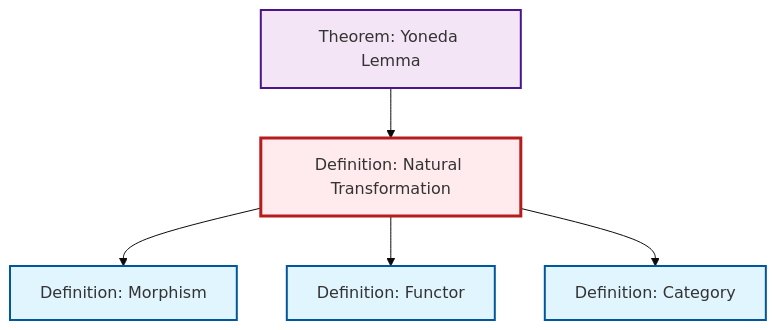
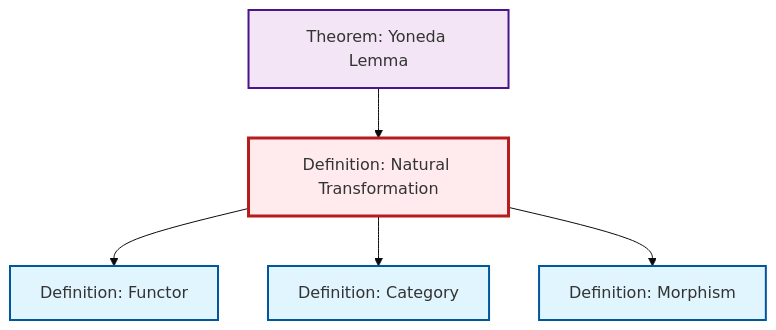
One commit to RK0429/ModernMath changed the diagram in content/ja/category-theory/def-natural-transformation.qmd. Above: the diagram before and after it, drawn with Mermaid (base theme). The commit also changed other lines of this file and 497 other files, not shown here.

````diff
--- a/content/ja/category-theory/def-natural-transformation.qmd
+++ b/content/ja/category-theory/def-natural-transformation.qmd
@@ -60,23 +60,23 @@
 ```{mermaid}
 %%| fig-cap: "Local dependency graph"
 graph TD
     classDef definition fill:#e1f5fe,stroke:#01579b,stroke-width:2px
     classDef theorem fill:#f3e5f5,stroke:#4a148c,stroke-width:2px
     classDef axiom fill:#fff3e0,stroke:#e65100,stroke-width:2px
     classDef example fill:#e8f5e9,stroke:#1b5e20,stroke-width:2px
     classDef current fill:#ffebee,stroke:#b71c1c,stroke-width:3px
-    thm-yoneda["Theorem: Yoneda Lemma"]:::theorem
     def-natural-transformation["Definition: Natural Transformation"]:::definition
     def-morphism["Definition: Morphism"]:::definition
     def-category["Definition: Category"]:::definition
     def-functor["Definition: Functor"]:::definition
+    thm-yoneda["Theorem: Yoneda Lemma"]:::theorem
+    def-natural-transformation --> def-functor
+    def-natural-transformation --> def-category
+    thm-yoneda --> def-natural-transformation
     def-natural-transformation --> def-morphism
-    def-natural-transformation --> def-functor
-    thm-yoneda --> def-natural-transformation
-    def-natural-transformation --> def-category
     class def-natural-transformation current
-    click thm-yoneda "thm-yoneda.html" "Theorem: Yoneda Lemmaへ"
     click def-morphism "def-morphism.html" "Definition: Morphismへ"
     click def-category "def-category.html" "Definition: Categoryへ"
     click def-functor "def-functor.html" "Definition: Functorへ"
+    click thm-yoneda "thm-yoneda.html" "Theorem: Yoneda Lemmaへ"
 ```
````
